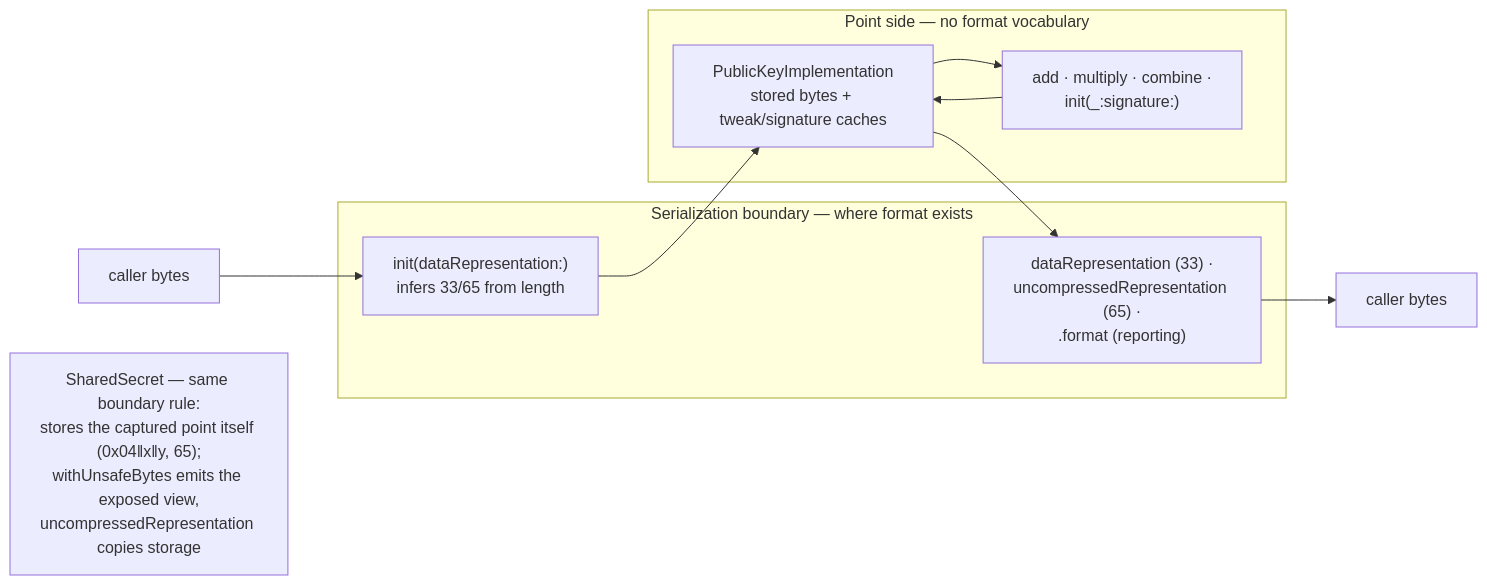
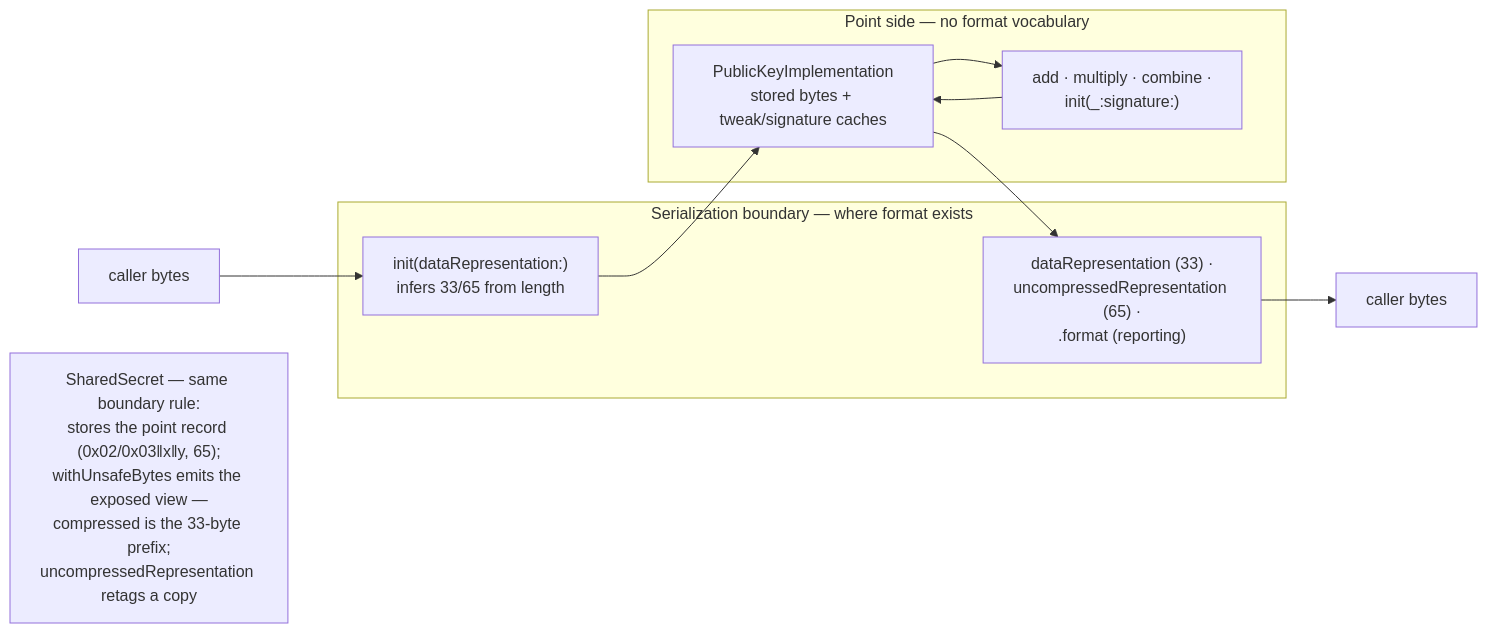
Before and after one commit to 21-DOT-DEV/swift-secp256k1: the diagram in Development/Specs/005-format-removal/plan.md, drawn with Mermaid. The commit also changed other lines of this file and 18 other files, not shown here.

````diff
--- a/Development/Specs/005-format-removal/plan.md
+++ b/Development/Specs/005-format-removal/plan.md
@@ -116,15 +118,15 @@
 ```mermaid
 flowchart LR
     subgraph boundary["Serialization boundary — where format exists"]
         init["init(dataRepresentation:)<br/>infers 33/65 from length"]
         read["dataRepresentation (33) ·<br/>uncompressedRepresentation (65) ·<br/>.format (reporting)"]
     end
     subgraph core["Point side — no format vocabulary"]
         impl["PublicKeyImplementation<br/>stored bytes + tweak/signature caches"]
         ops["add · multiply · combine ·<br/>init(_:signature:)"]
     end
     inBytes["caller bytes"] --> init --> impl
     impl --> ops --> impl
     impl --> read --> outBytes["caller bytes"]
-    secret["SharedSecret — same boundary rule:<br/>stores the captured point itself (0x04‖x‖y, 65);<br/>withUnsafeBytes emits the exposed view,<br/>uncompressedRepresentation copies storage"]
+    secret["SharedSecret — same boundary rule:<br/>stores the point record (0x02/0x03‖x‖y, 65);<br/>withUnsafeBytes emits the exposed view —<br/>compressed is the 33-byte prefix;<br/>uncompressedRepresentation retags a copy"]
 ```
````
